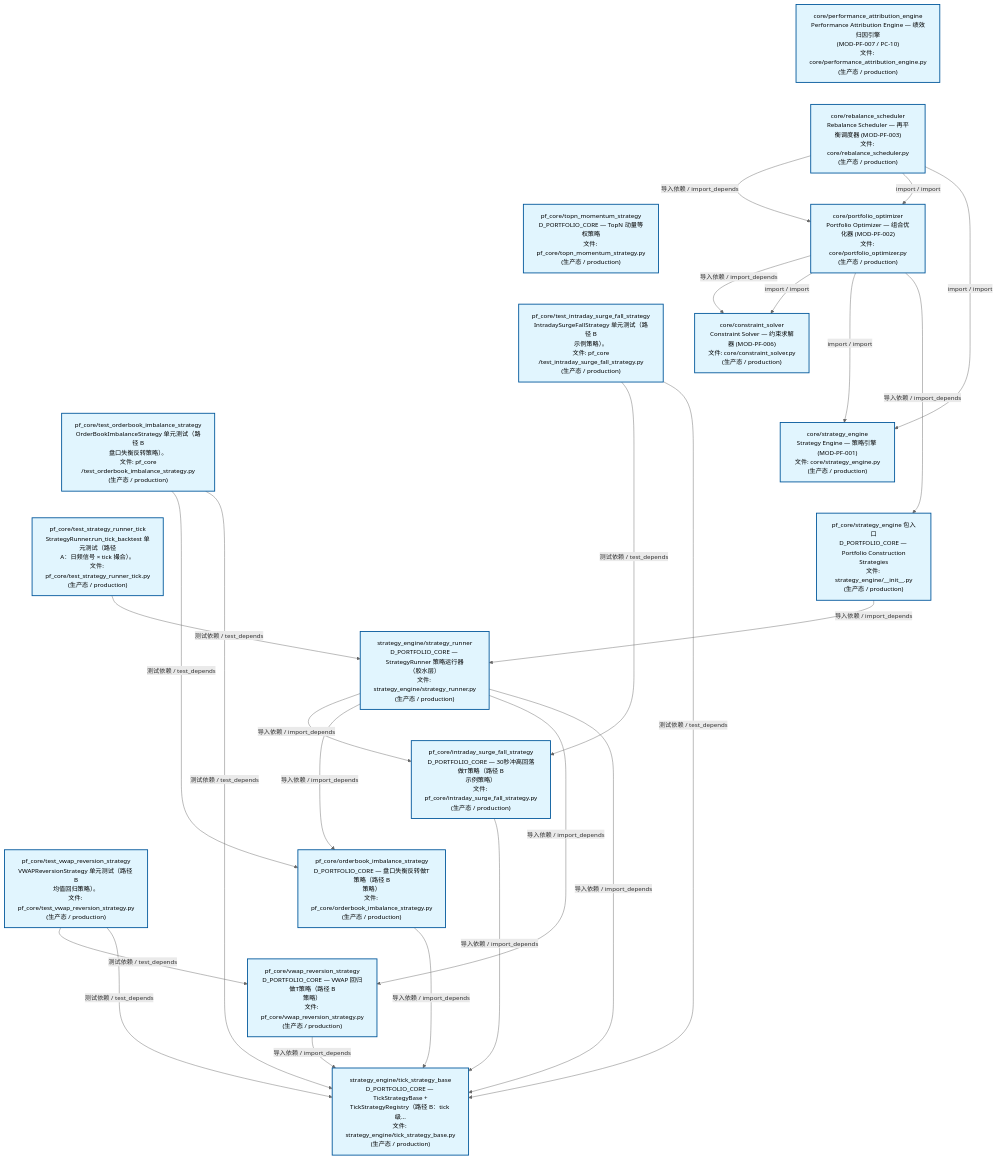
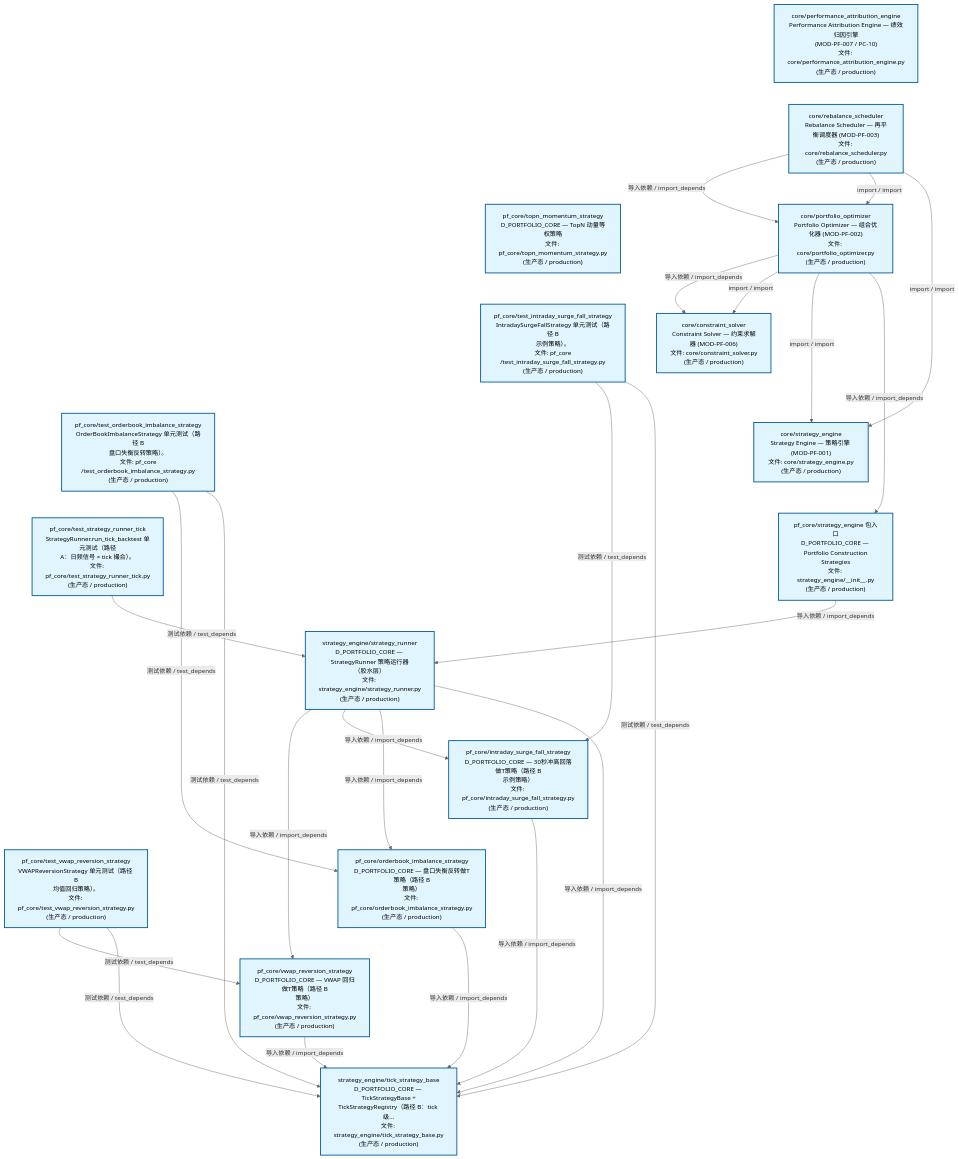
The second of 3 diagrams in docs/02_enterprise_architecture/02_domain_architecture_docs/63_d_pf_core.md (xuanFelixVan/ZephyrAlpha), drawn with Mermaid before and after one commit. The commit also changed other lines of this file and 45 other files, not shown here.

````diff
--- a/docs/02_enterprise_architecture/02_domain_architecture_docs/63_d_pf_core.md
+++ b/docs/02_enterprise_architecture/02_domain_architecture_docs/63_d_pf_core.md
@@ -139,57 +139,57 @@
 ```mermaid
 %%{init: {'theme': 'base', 'themeVariables': {'primaryColor': '#eaeaea', 'primaryTextColor': '#333333', 'primaryBorderColor': '#666666', 'lineColor': '#666666', 'secondaryColor': '#eaeaea', 'tertiaryColor': '#eaeaea', 'fontSize': '14px'}}}%%
 flowchart TD
     src_zephyr_pf_core_core_performance_attribution_engine_py["core/performance_attribution_engine<br/>Performance Attribution Engine — 绩效归因引擎<br/>(MOD-PF-007 / PC-10)<br/>文件: core/performance_attribution_engine.py<br/>(生产态 / production)"]
     src_zephyr_pf_core_core_rebalance_scheduler_py["core/rebalance_scheduler<br/>Rebalance Scheduler — 再平衡调度器 (MOD-PF-003)<br/>文件: core/rebalance_scheduler.py<br/>(生产态 / production)"]
     src_zephyr_pf_core_topn_momentum_strategy_py["pf_core/topn_momentum_strategy<br/>D_PORTFOLIO_CORE — TopN 动量等权策略<br/>文件: pf_core/topn_momentum_strategy.py<br/>(生产态 / production)"]
     tests_pf_core_test_intraday_surge_fall_strategy_py["pf_core/test_intraday_surge_fall_strategy<br/>IntradaySurgeFallStrategy 单元测试（路径 B<br/>示例策略）。<br/>文件: pf_core<br/>/test_intraday_surge_fall_strategy.py<br/>(生产态 / production)"]
     tests_pf_core_test_orderbook_imbalance_strategy_py["pf_core/test_orderbook_imbalance_strategy<br/>OrderBookImbalanceStrategy 单元测试（路径 B<br/>盘口失衡反转策略）。<br/>文件: pf_core<br/>/test_orderbook_imbalance_strategy.py<br/>(生产态 / production)"]
     tests_pf_core_test_strategy_runner_tick_py["pf_core/test_strategy_runner_tick<br/>StrategyRunner.run_tick_backtest 单元测试（路径<br/>A：日频信号 × tick 撮合）。<br/>文件: pf_core/test_strategy_runner_tick.py<br/>(生产态 / production)"]
     tests_pf_core_test_vwap_reversion_strategy_py["pf_core/test_vwap_reversion_strategy<br/>VWAPReversionStrategy 单元测试（路径 B<br/>均值回归策略）。<br/>文件: pf_core/test_vwap_reversion_strategy.py<br/>(生产态 / production)"]
     src_zephyr_pf_core_core_performance_attribution_engine_py ~~~ src_zephyr_pf_core_core_rebalance_scheduler_py
     src_zephyr_pf_core_core_rebalance_scheduler_py ~~~ src_zephyr_pf_core_topn_momentum_strategy_py
     src_zephyr_pf_core_topn_momentum_strategy_py ~~~ tests_pf_core_test_intraday_surge_fall_strategy_py
     tests_pf_core_test_intraday_surge_fall_strategy_py ~~~ tests_pf_core_test_orderbook_imbalance_strategy_py
     tests_pf_core_test_orderbook_imbalance_strategy_py ~~~ tests_pf_core_test_strategy_runner_tick_py
     tests_pf_core_test_strategy_runner_tick_py ~~~ tests_pf_core_test_vwap_reversion_strategy_py
     src_zephyr_pf_core_core_portfolio_optimizer_py["core/portfolio_optimizer<br/>Portfolio Optimizer — 组合优化器 (MOD-PF-002)<br/>文件: core/portfolio_optimizer.py<br/>(生产态 / production)"]
     src_zephyr_pf_core_core_constraint_solver_py["core/constraint_solver<br/>Constraint Solver — 约束求解器 (MOD-PF-006)<br/>文件: core/constraint_solver.py<br/>(生产态 / production)"]
     src_zephyr_pf_core_core_strategy_engine_py["core/strategy_engine<br/>Strategy Engine — 策略引擎 (MOD-PF-001)<br/>文件: core/strategy_engine.py<br/>(生产态 / production)"]
     src_zephyr_pf_core_strategy_engine_init_py["pf_core/strategy_engine 包入口<br/>D_PORTFOLIO_CORE — Portfolio Construction<br/>Strategies<br/>文件: strategy_engine/__init__.py<br/>(生产态 / production)"]
     src_zephyr_pf_core_core_constraint_solver_py ~~~ src_zephyr_pf_core_core_strategy_engine_py
     src_zephyr_pf_core_core_strategy_engine_py ~~~ src_zephyr_pf_core_strategy_engine_init_py
     src_zephyr_pf_core_strategy_engine_strategy_runner_py["strategy_engine/strategy_runner<br/>D_PORTFOLIO_CORE — StrategyRunner 策略运行器<br/>（胶水层）<br/>文件: strategy_engine/strategy_runner.py<br/>(生产态 / production)"]
     src_zephyr_pf_core_intraday_surge_fall_strategy_py["pf_core/intraday_surge_fall_strategy<br/>D_PORTFOLIO_CORE — 30秒冲高回落做T策略（路径 B<br/>示例策略）<br/>文件: pf_core/intraday_surge_fall_strategy.py<br/>(生产态 / production)"]
     src_zephyr_pf_core_orderbook_imbalance_strategy_py["pf_core/orderbook_imbalance_strategy<br/>D_PORTFOLIO_CORE — 盘口失衡反转做T策略（路径 B<br/>策略）<br/>文件: pf_core/orderbook_imbalance_strategy.py<br/>(生产态 / production)"]
     src_zephyr_pf_core_vwap_reversion_strategy_py["pf_core/vwap_reversion_strategy<br/>D_PORTFOLIO_CORE — VWAP 回归做T策略（路径 B<br/>策略）<br/>文件: pf_core/vwap_reversion_strategy.py<br/>(生产态 / production)"]
     src_zephyr_pf_core_intraday_surge_fall_strategy_py ~~~ src_zephyr_pf_core_orderbook_imbalance_strategy_py
     src_zephyr_pf_core_orderbook_imbalance_strategy_py ~~~ src_zephyr_pf_core_vwap_reversion_strategy_py
     src_zephyr_pf_core_strategy_engine_tick_strategy_base_py["strategy_engine/tick_strategy_base<br/>D_PORTFOLIO_CORE — TickStrategyBase +<br/>TickStrategyRegistry（路径 B：tick 级...<br/>文件: strategy_engine/tick_strategy_base.py<br/>(生产态 / production)"]
-    src_zephyr_pf_core_intraday_surge_fall_strategy_py -->|导入依赖 / import_depends| src_zephyr_pf_core_strategy_engine_tick_strategy_base_py
-    src_zephyr_pf_core_orderbook_imbalance_strategy_py -->|导入依赖 / import_depends| src_zephyr_pf_core_strategy_engine_tick_strategy_base_py
-    src_zephyr_pf_core_vwap_reversion_strategy_py -->|导入依赖 / import_depends| src_zephyr_pf_core_strategy_engine_tick_strategy_base_py
     src_zephyr_pf_core_core_portfolio_optimizer_py -->|导入依赖 / import_depends| src_zephyr_pf_core_core_constraint_solver_py
     src_zephyr_pf_core_core_portfolio_optimizer_py -->|import / import| src_zephyr_pf_core_core_constraint_solver_py
     src_zephyr_pf_core_core_portfolio_optimizer_py -->|import / import| src_zephyr_pf_core_core_strategy_engine_py
     src_zephyr_pf_core_core_portfolio_optimizer_py -->|导入依赖 / import_depends| src_zephyr_pf_core_strategy_engine_init_py
     src_zephyr_pf_core_core_rebalance_scheduler_py -->|导入依赖 / import_depends| src_zephyr_pf_core_core_portfolio_optimizer_py
     src_zephyr_pf_core_core_rebalance_scheduler_py -->|import / import| src_zephyr_pf_core_core_portfolio_optimizer_py
     src_zephyr_pf_core_core_rebalance_scheduler_py -->|import / import| src_zephyr_pf_core_core_strategy_engine_py
+    src_zephyr_pf_core_vwap_reversion_strategy_py -->|导入依赖 / import_depends| src_zephyr_pf_core_strategy_engine_tick_strategy_base_py
+    src_zephyr_pf_core_intraday_surge_fall_strategy_py -->|导入依赖 / import_depends| src_zephyr_pf_core_strategy_engine_tick_strategy_base_py
+    src_zephyr_pf_core_orderbook_imbalance_strategy_py -->|导入依赖 / import_depends| src_zephyr_pf_core_strategy_engine_tick_strategy_base_py
     src_zephyr_pf_core_strategy_engine_init_py -->|导入依赖 / import_depends| src_zephyr_pf_core_strategy_engine_strategy_runner_py
+    src_zephyr_pf_core_strategy_engine_strategy_runner_py -->|导入依赖 / import_depends| src_zephyr_pf_core_vwap_reversion_strategy_py
     src_zephyr_pf_core_strategy_engine_strategy_runner_py -->|导入依赖 / import_depends| src_zephyr_pf_core_intraday_surge_fall_strategy_py
     src_zephyr_pf_core_strategy_engine_strategy_runner_py -->|导入依赖 / import_depends| src_zephyr_pf_core_orderbook_imbalance_strategy_py
-    src_zephyr_pf_core_strategy_engine_strategy_runner_py -->|导入依赖 / import_depends| src_zephyr_pf_core_vwap_reversion_strategy_py
     src_zephyr_pf_core_strategy_engine_strategy_runner_py -->|导入依赖 / import_depends| src_zephyr_pf_core_strategy_engine_tick_strategy_base_py
     tests_pf_core_test_intraday_surge_fall_strategy_py -->|测试依赖 / test_depends| src_zephyr_pf_core_intraday_surge_fall_strategy_py
     tests_pf_core_test_intraday_surge_fall_strategy_py -->|测试依赖 / test_depends| src_zephyr_pf_core_strategy_engine_tick_strategy_base_py
+    tests_pf_core_test_strategy_runner_tick_py -->|测试依赖 / test_depends| src_zephyr_pf_core_strategy_engine_strategy_runner_py
     tests_pf_core_test_orderbook_imbalance_strategy_py -->|测试依赖 / test_depends| src_zephyr_pf_core_orderbook_imbalance_strategy_py
     tests_pf_core_test_orderbook_imbalance_strategy_py -->|测试依赖 / test_depends| src_zephyr_pf_core_strategy_engine_tick_strategy_base_py
-    tests_pf_core_test_strategy_runner_tick_py -->|测试依赖 / test_depends| src_zephyr_pf_core_strategy_engine_strategy_runner_py
     tests_pf_core_test_vwap_reversion_strategy_py -->|测试依赖 / test_depends| src_zephyr_pf_core_vwap_reversion_strategy_py
     tests_pf_core_test_vwap_reversion_strategy_py -->|测试依赖 / test_depends| src_zephyr_pf_core_strategy_engine_tick_strategy_base_py
     classDef production fill:#e1f5fe,stroke:#01579b,stroke-width:2px,color:#000
     classDef design fill:#fff3e0,stroke:#e65100,stroke-width:2px,color:#000,stroke-dasharray: 5 5
     classDef external_prod fill:#e8f4fd,stroke:#0277bd,stroke-width:1px,color:#000
     classDef external_design fill:#fff8e7,stroke:#ef6c00,stroke-width:1px,color:#000,stroke-dasharray: 5 5
     class src_zephyr_pf_core_core_constraint_solver_py,src_zephyr_pf_core_core_performance_attribution_engine_py,src_zephyr_pf_core_core_portfolio_optimizer_py,src_zephyr_pf_core_core_rebalance_scheduler_py,src_zephyr_pf_core_core_strategy_engine_py,src_zephyr_pf_core_intraday_surge_fall_strategy_py,src_zephyr_pf_core_orderbook_imbalance_strategy_py,src_zephyr_pf_core_strategy_engine_init_py,src_zephyr_pf_core_strategy_engine_strategy_runner_py,src_zephyr_pf_core_strategy_engine_tick_strategy_base_py,src_zephyr_pf_core_topn_momentum_strategy_py,src_zephyr_pf_core_vwap_reversion_strategy_py,tests_pf_core_test_intraday_surge_fall_strategy_py,tests_pf_core_test_orderbook_imbalance_strategy_py,tests_pf_core_test_strategy_runner_tick_py,tests_pf_core_test_vwap_reversion_strategy_py production
 ```
````
